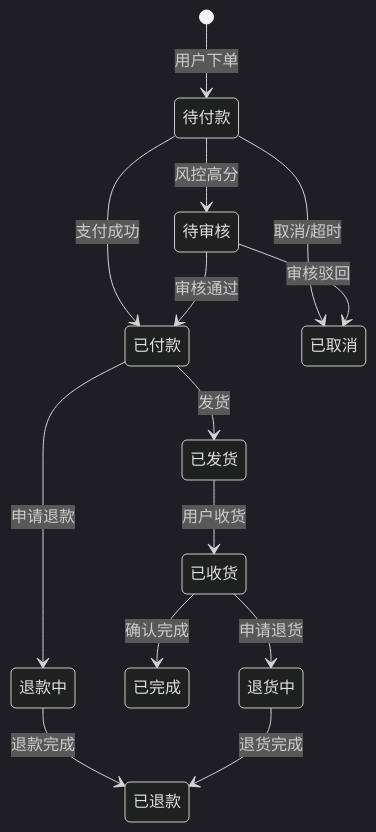
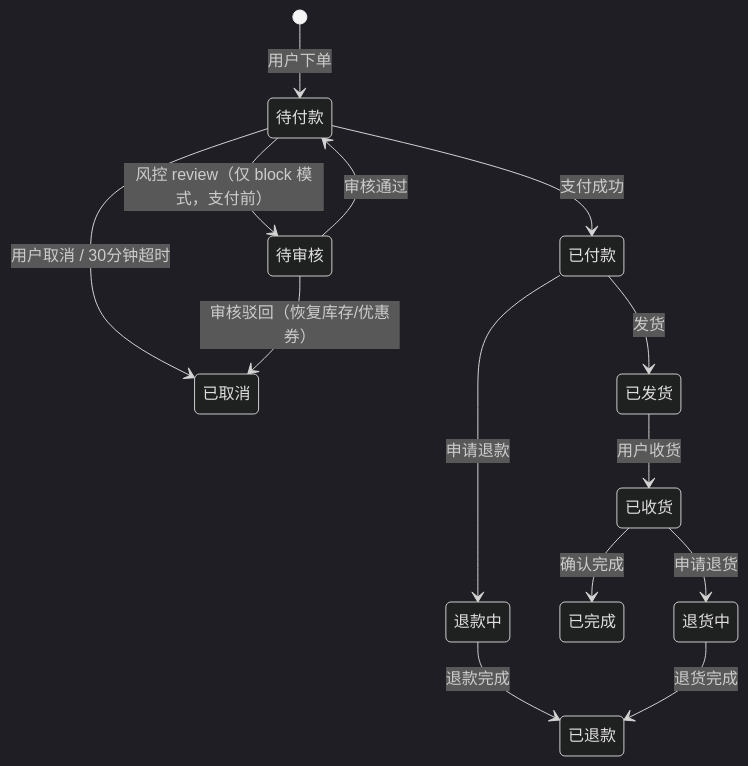
The first of 3 diagrams in docs/features.md (erikwang2013/erik-shop), drawn with Mermaid (dark theme) before and after one commit. The commit also changed other lines of this file and 14 other files, not shown here.

````diff
--- a/docs/features.md
+++ b/docs/features.md
@@ -84,16 +87,16 @@
 ```mermaid
 stateDiagram-v2
     [*] --> 待付款: 用户下单
     待付款 --> 已付款: 支付成功
-    待付款 --> 已取消: 取消/超时
-    待付款 --> 待审核: 风控高分
+    待付款 --> 已取消: 用户取消 / 30分钟超时
+    待付款 --> 待审核: 风控 review（仅 block 模式，支付前）
+    待审核 --> 待付款: 审核通过
+    待审核 --> 已取消: 审核驳回（恢复库存/优惠券）
     已付款 --> 已发货: 发货
     已付款 --> 退款中: 申请退款
     已发货 --> 已收货: 用户收货
     已收货 --> 已完成: 确认完成
     已收货 --> 退货中: 申请退货
     退款中 --> 已退款: 退款完成
     退货中 --> 已退款: 退货完成
-    待审核 --> 已付款: 审核通过
-    待审核 --> 已取消: 审核驳回
 ```
````
